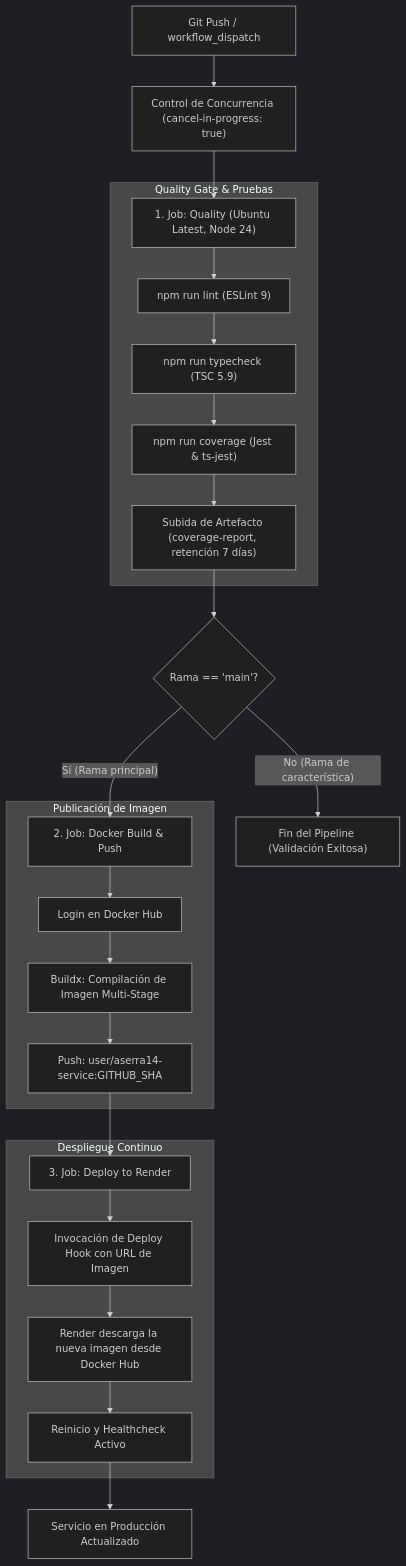
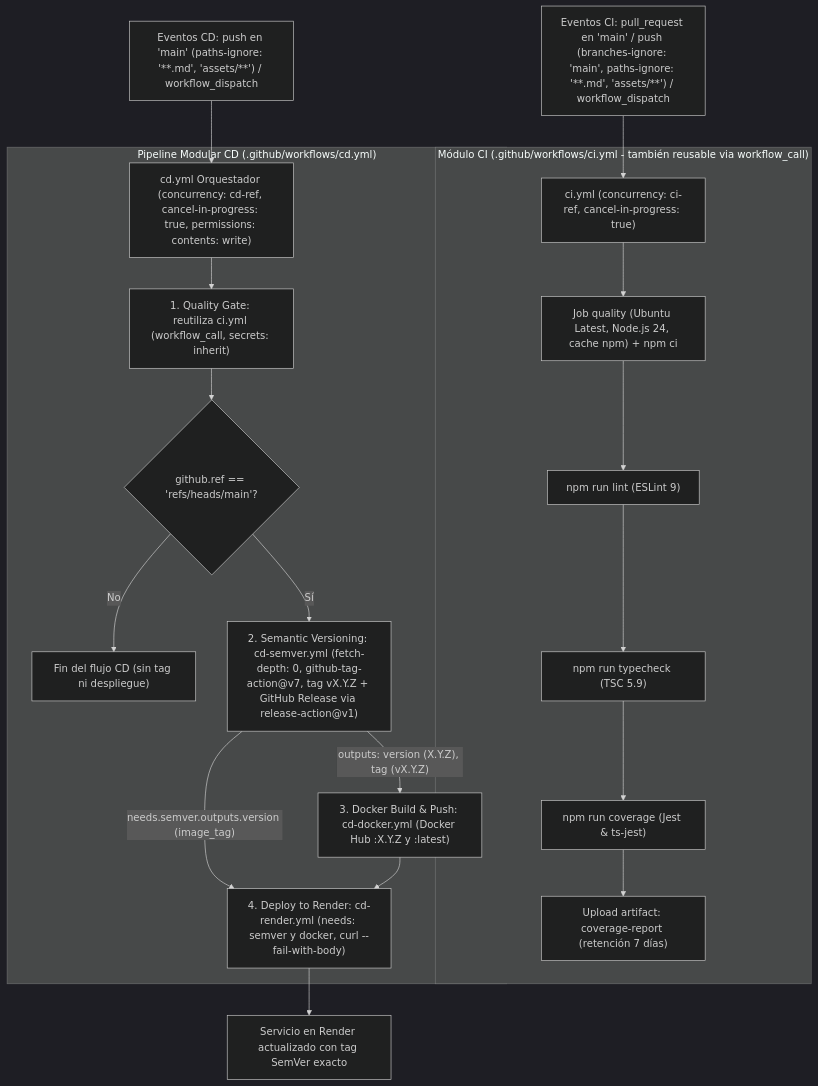
One commit to AndresSerranoUP/DevOps-TP changed the second of 2 diagrams in README.md. Above: the diagram before and after it, drawn with Mermaid (dark theme). The commit also changed other lines of this file and 3 other files, not shown here.

Commit message:
docs: update CI/CD pipeline documentation and added architecture diagrams

````diff
--- a/README.md
+++ b/README.md
@@ -96,33 +102,26 @@
 ```mermaid
 flowchart TD
-    Trigger["Git Push / workflow_dispatch"] --> Concurrency["Control de Concurrencia (cancel-in-progress: true)"]
-    Concurrency --> JobQuality["1. Job: Quality (Ubuntu Latest, Node 24)"]
-    
-    subgraph QualityGate ["Quality Gate & Pruebas"]
-        JobQuality --> StepLint["npm run lint (ESLint 9)"]
-        StepLint --> StepType["npm run typecheck (TSC 5.9)"]
-        StepType --> StepCov["npm run coverage (Jest & ts-jest)"]
-        StepCov --> StepArtifact["Subida de Artefacto (coverage-report, retención 7 días)"]
+    CITrigger["Eventos CI: pull_request en 'main' / push (branches-ignore: 'main', paths-ignore: '**.md', 'assets/**') / workflow_dispatch"] --> CIConc["ci.yml (concurrency: ci-ref, cancel-in-progress: true)"]
+
+    subgraph CIModule ["Módulo CI (.github/workflows/ci.yml - también reusable via workflow_call)"]
+        CIConc --> CIEnv["Job quality (Ubuntu Latest, Node.js 24, cache npm) + npm ci"]
+        CIEnv --> CILint["npm run lint (ESLint 9)"]
+        CILint --> CIType["npm run typecheck (TSC 5.9)"]
+        CIType --> CICov["npm run coverage (Jest & ts-jest)"]
+        CICov --> CIArtifact["Upload artifact: coverage-report (retención 7 días)"]
     end
-    
-    StepArtifact --> BranchEval{"Rama == 'main'?"}
-    BranchEval -->|"No (Rama de característica)"| FinishPR["Fin del Pipeline (Validación Exitosa)"]
-    
-    BranchEval -->|"Sí (Rama principal)"| JobDocker["2. Job: Docker Build & Push"]
-    
-    subgraph DockerPublish ["Publicación de Imagen"]
-        JobDocker --> DockerLogin["Login en Docker Hub"]
-        DockerLogin --> DockerBuild["Buildx: Compilación de Imagen Multi-Stage"]
-        DockerBuild --> DockerPush["Push: user/aserra14-service:GITHUB_SHA"]
+
+    CDTrigger["Eventos CD: push en 'main' (paths-ignore: '**.md', 'assets/**') / workflow_dispatch"] --> CDConc["cd.yml Orquestador (concurrency: cd-ref, cancel-in-progress: true, permissions: contents: write)"]
+
+    subgraph CDOrchestrator ["Pipeline Modular CD (.github/workflows/cd.yml)"]
+        CDConc --> JobQuality["1. Quality Gate: reutiliza ci.yml (workflow_call, secrets: inherit)"]
+        JobQuality --> MainCheck{"github.ref == 'refs/heads/main'?"}
+        MainCheck -->|"No"| StopCD["Fin del flujo CD (sin tag ni despliegue)"]
+        MainCheck -->|"Sí"| JobSemver["2. Semantic Versioning: cd-semver.yml (fetch-depth: 0, github-tag-action@v7, tag vX.Y.Z + GitHub Release via release-action@v1)"]
+        JobSemver -->|"outputs: version (X.Y.Z), tag (vX.Y.Z)"| JobDocker["3. Docker Build & Push: cd-docker.yml (Docker Hub :X.Y.Z y :latest)"]
+        JobSemver -->|"needs.semver.outputs.version (image_tag)"| JobRender["4. Deploy to Render: cd-render.yml (needs: semver y docker, curl --fail-with-body)"]
+        JobDocker --> JobRender
     end
-    
-    DockerPush --> JobRender["3. Job: Deploy to Render"]
-    
-    subgraph CloudDeploy ["Despliegue Continuo"]
-        JobRender --> TriggerHook["Invocación de Deploy Hook con URL de Imagen"]
-        TriggerHook --> RenderPull["Render descarga la nueva imagen desde Docker Hub"]
-        RenderPull --> HealthVerification["Reinicio y Healthcheck Activo"]
-    end
-    
-    HealthVerification --> ProductionOk["Servicio en Producción Actualizado"]
+
+    JobRender --> ProdOk["Servicio en Render actualizado con tag SemVer exacto"]
 ```
````
